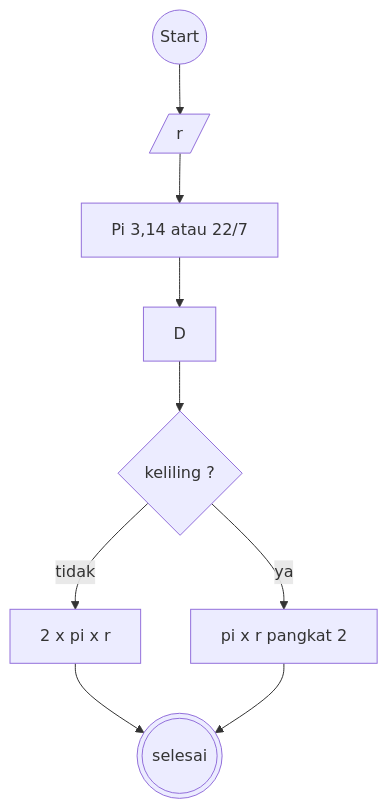
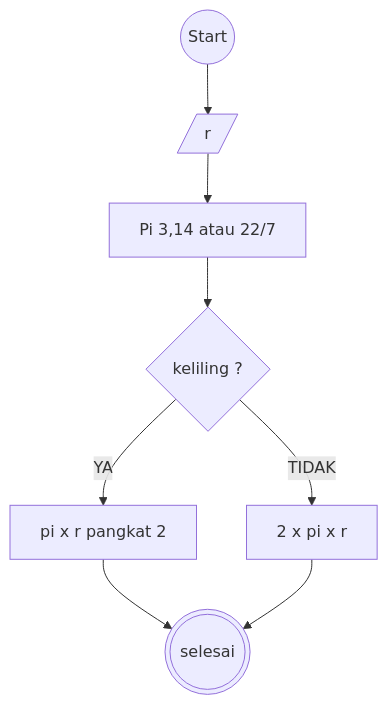
One commit to Farhan-dev-dot/koda-b10-algoritma changed the second of 2 diagrams in README.md. Above: the diagram before and after it, drawn with Mermaid.

````diff
--- a/README.md
+++ b/README.md
@@ -66,26 +66,26 @@
 ```mermaid
 
 
 flowchart TD
 
 A@{ shape: circle, label: "Start" }
 B[/r/]
 C[Pi 3,14 atau 22/7]
-E{ keliling ?}
-F[ pi x r pangkat 2 ]
-G[ 2 x pi x r ]
-I(((selesai)))
+D{ keliling ?}
+E[ pi x r pangkat 2 ]
+F[ 2 x pi x r ]
+G(((selesai)))
 
 A-->B
 B-->C
 C-->D
-D-->E
-E--ya-->F
-E--tidak-->G
-G-->I
-F-->I
+D--YA-->E
+D--TIDAK-->F
+E-->G
+F-->G
+
 
 
 
 
 ```
````
